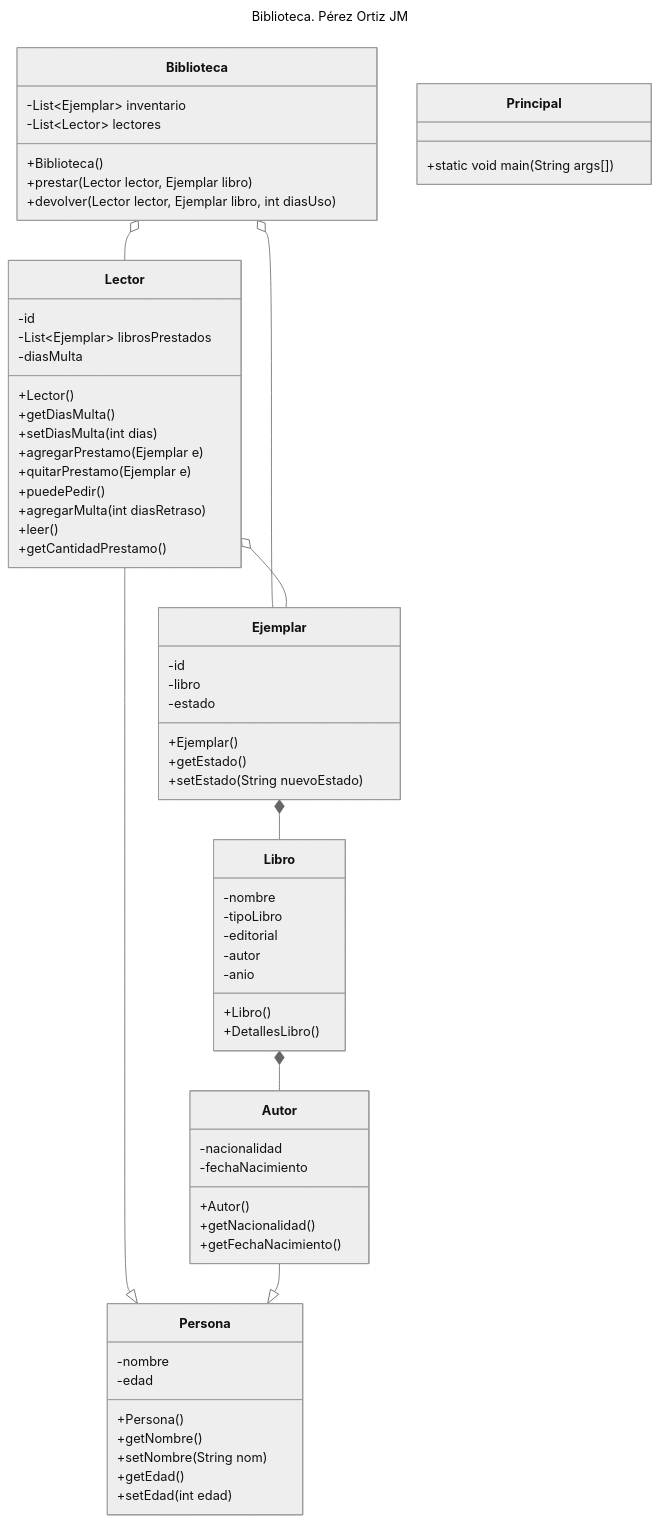
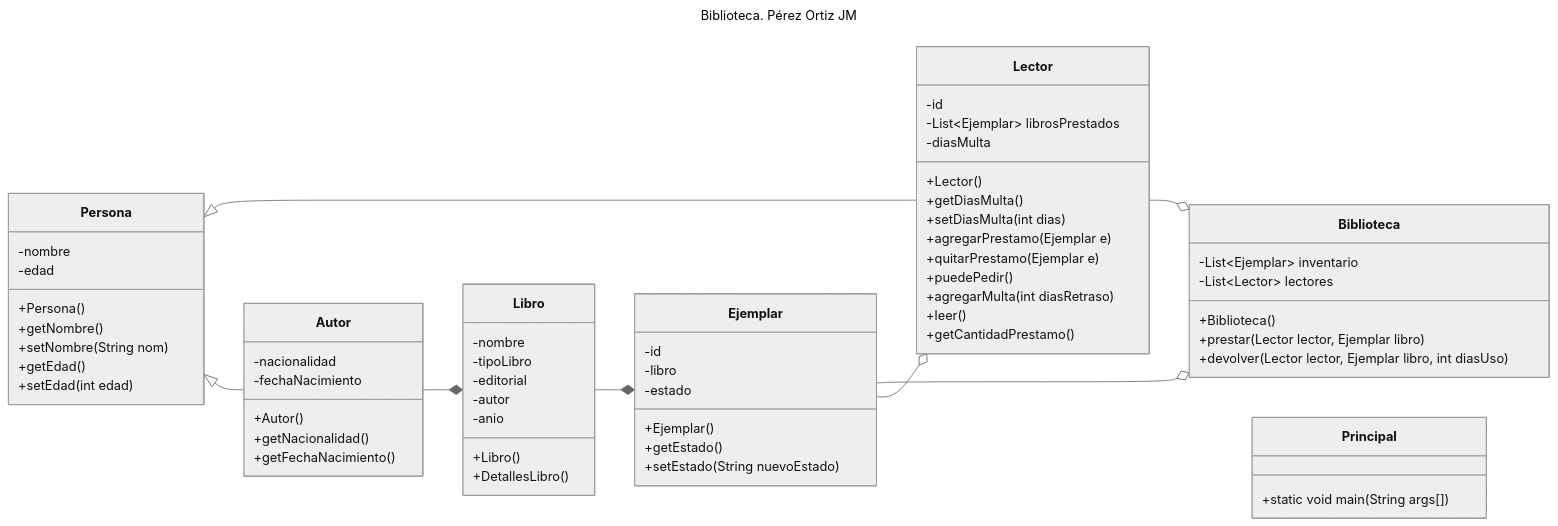
Before and after one commit to mauryci2/Jaime-Felix-POO-Base: the diagram in README.md, drawn with Mermaid (neutral theme).

Commit message:
modificando el diagrama

````diff
--- a/README.md
+++ b/README.md
@@ -7,74 +7,75 @@
 ```mermaid
 ---
 title: Biblioteca. Pérez Ortiz JM
 ---
 classDiagram
+      direction RL
       Lector --|> Persona
       Autor --|> Persona
 
       Biblioteca o-- Ejemplar
       Biblioteca o-- Lector
       Ejemplar *-- Libro
       Libro *-- Autor
       Lector o-- Ejemplar
       class Principal{
             +static void main(String args[])
       }
       class Biblioteca{
             -List~Ejemplar~ inventario
             -List~Lector~ lectores
             +Biblioteca()
             +prestar(Lector lector, Ejemplar libro)
             +devolver(Lector lector, Ejemplar libro, int diasUso)
             
       }
             
       class Libro{
             -nombre
             -tipoLibro
             -editorial
             -autor
             -anio
             +Libro()
             +DetallesLibro()
             
       }
       class Lector{
             -id
             -List~Ejemplar~ librosPrestados
             -diasMulta
             +Lector()
             +getDiasMulta()
             +setDiasMulta(int dias)
             +agregarPrestamo(Ejemplar e)
             +quitarPrestamo(Ejemplar e)
             +puedePedir()
             +agregarMulta(int diasRetraso)
             +leer()
             +getCantidadPrestamo()
             }
       class Ejemplar {
             -id
             -libro
             -estado
             +Ejemplar()
             +getEstado()
             +setEstado(String nuevoEstado)
       }
       class Autor{
             -nacionalidad
             -fechaNacimiento
             +Autor()
             +getNacionalidad()
             +getFechaNacimiento()
       }
       class Persona{
             -nombre
             -edad
             +Persona()
             +getNombre()
             +setNombre(String nom)
             +getEdad()
             +setEdad(int edad)
       }
 ```
````
